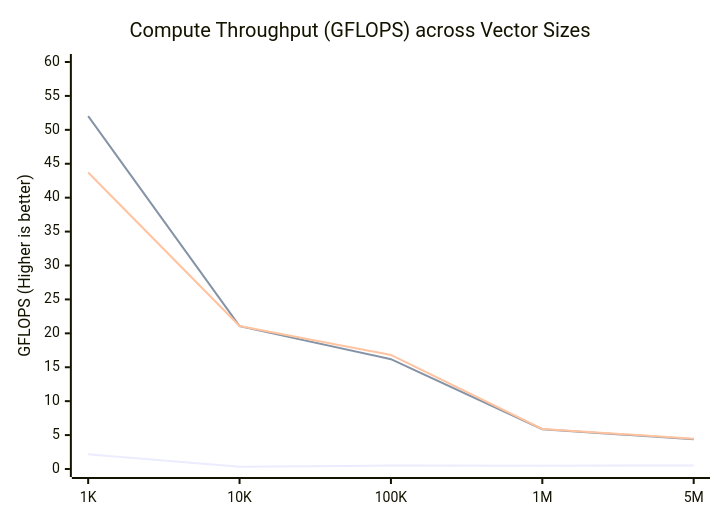
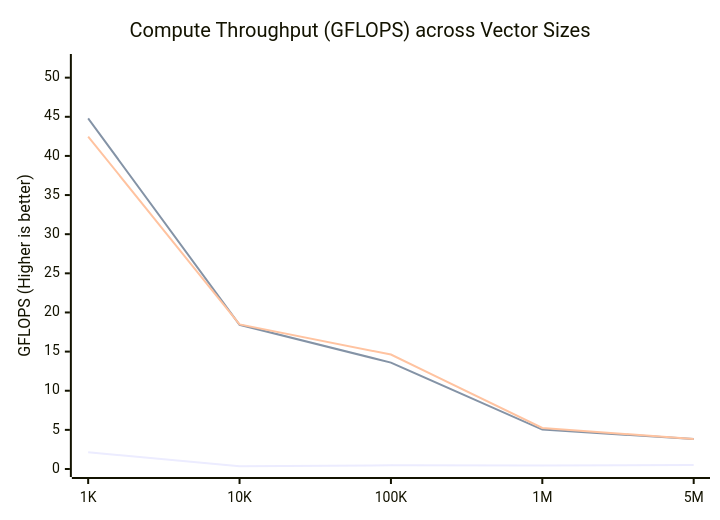
Before and after one commit to maithreyanprabhu2907-prog/Vector: the first of 2 diagrams in README.md, drawn with Mermaid. The commit also changed other lines of this file and 9 other files, not shown here.

````diff
--- a/README.md
+++ b/README.md
@@ -114,9 +187,9 @@
 ```mermaid
 xychart-beta
     title "Compute Throughput (GFLOPS) across Vector Sizes"
     x-axis ["1K", "10K", "100K", "1M", "5M"]
-    y-axis "GFLOPS (Higher is better)" 0 --> 60
-    line [2.17, 0.34, 0.50, 0.49, 0.51]
-    line [52.03, 21.06, 16.19, 5.86, 4.39]
-    line [43.71, 21.08, 16.82, 5.90, 4.47]
+    y-axis "GFLOPS (Higher is better)" 0 --> 52
+    line [2.14, 0.34, 0.47, 0.44, 0.52]
+    line [44.79, 18.43, 13.59, 5.04, 3.82]
+    line [42.48, 18.47, 14.62, 5.24, 3.84]
 ```
````
